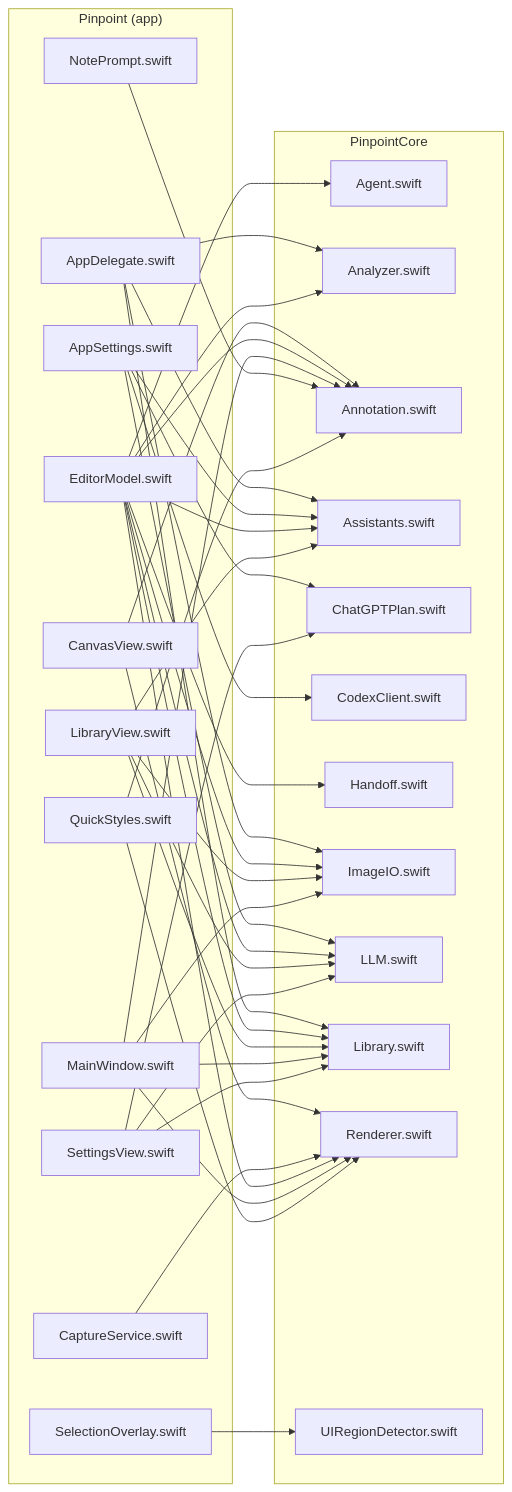
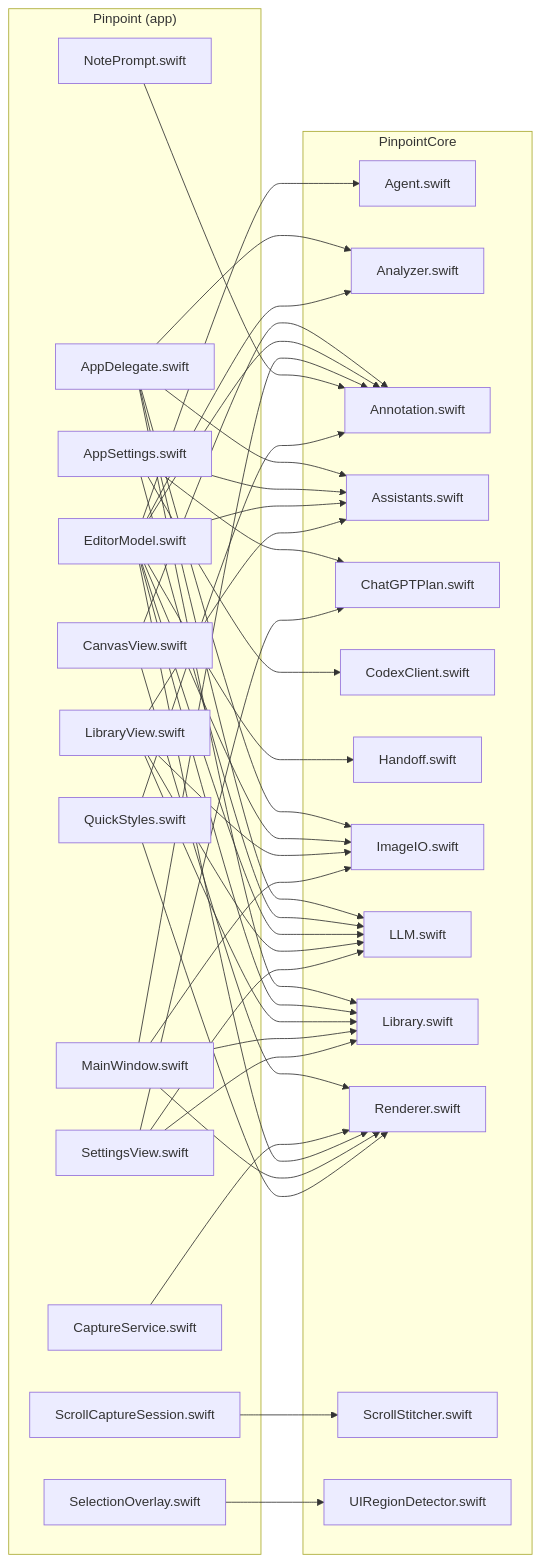
One commit to g-baskin/pinpoint changed the fourth of 4 diagrams in library/knowledge/private/code-graph/module-graph.md. Above: the diagram before and after it, drawn with Mermaid. The commit also changed other lines of this file and 20 other files, not shown here.

````diff
--- a/library/knowledge/private/code-graph/module-graph.md
+++ b/library/knowledge/private/code-graph/module-graph.md
@@ -155,65 +159,69 @@
 ```mermaid
 flowchart LR
     subgraph pinpointApp["Pinpoint (app)"]
     appAppDelegate["AppDelegate.swift"]
     appAppSettings["AppSettings.swift"]
     appCanvasView["CanvasView.swift"]
     appCaptureService["CaptureService.swift"]
     appEditorModel["EditorModel.swift"]
     appLibraryView["LibraryView.swift"]
     appMainWindow["MainWindow.swift"]
     appNotePrompt["NotePrompt.swift"]
     appQuickStyles["QuickStyles.swift"]
+    appScrollCaptureSession["ScrollCaptureSession.swift"]
     appSelectionOverlay["SelectionOverlay.swift"]
     appSettingsView["SettingsView.swift"]
     end
     subgraph pinpointCore["PinpointCore"]
     coreAgent["Agent.swift"]
     coreAnalyzer["Analyzer.swift"]
     coreAnnotation["Annotation.swift"]
     coreAssistants["Assistants.swift"]
     coreChatGPTPlan["ChatGPTPlan.swift"]
     coreCodexClient["CodexClient.swift"]
     coreHandoff["Handoff.swift"]
     coreImageIO["ImageIO.swift"]
     coreLLM["LLM.swift"]
     coreLibrary["Library.swift"]
     coreRenderer["Renderer.swift"]
+    coreScrollStitcher["ScrollStitcher.swift"]
     coreUIRegionDetector["UIRegionDetector.swift"]
     end
     appAppDelegate --> coreAnalyzer
     appAppDelegate --> coreAssistants
     appAppDelegate --> coreImageIO
+    appAppDelegate --> coreLLM
     appAppDelegate --> coreLibrary
     appAppSettings --> coreAssistants
     appAppSettings --> coreChatGPTPlan
     appAppSettings --> coreCodexClient
     appAppSettings --> coreLLM
     appCanvasView --> coreAnnotation
     appCanvasView --> coreRenderer
     appCaptureService --> coreRenderer
     appEditorModel --> coreAgent
     appEditorModel --> coreAnalyzer
     appEditorModel --> coreAnnotation
     appEditorModel --> coreAssistants
     appEditorModel --> coreHandoff
     appEditorModel --> coreImageIO
     appEditorModel --> coreLLM
     appEditorModel --> coreLibrary
     appEditorModel --> coreRenderer
     appLibraryView --> coreAssistants
     appLibraryView --> coreImageIO
     appLibraryView --> coreLLM
     appLibraryView --> coreLibrary
     appMainWindow --> coreAnnotation
     appMainWindow --> coreImageIO
     appMainWindow --> coreLibrary
     appMainWindow --> coreRenderer
     appNotePrompt --> coreAnnotation
     appQuickStyles --> coreAnnotation
     appQuickStyles --> coreRenderer
+    appScrollCaptureSession --> coreScrollStitcher
     appSelectionOverlay --> coreUIRegionDetector
     appSettingsView --> coreChatGPTPlan
     appSettingsView --> coreLLM
     appSettingsView --> coreLibrary
 ```
````
